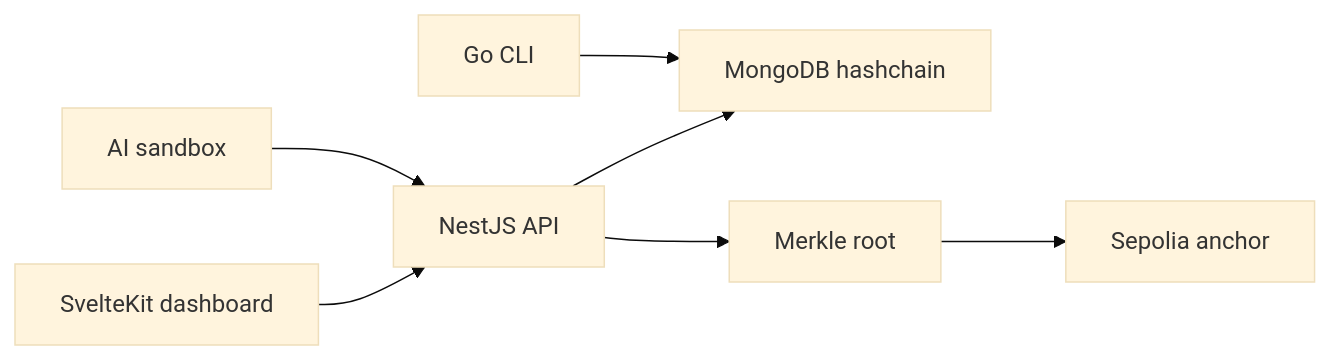
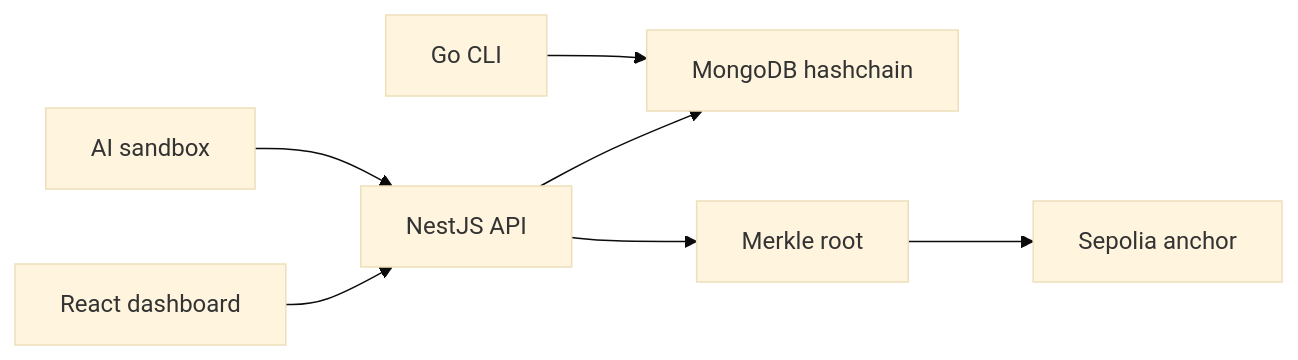
One commit to ccastromar/ai-blockchain-provenance changed the diagram in docs/presentation-deck.md. Above: the diagram before and after it, drawn with Mermaid (base theme). The commit also changed other lines of this file and 10 other files, not shown here.

Commit message:
Docs: the console is React (not SvelteKit); OIDC/SSO is done

````diff
--- a/docs/presentation-deck.md
+++ b/docs/presentation-deck.md
@@ -58,9 +58,9 @@
 ```mermaid
 flowchart LR
-  UI["SvelteKit dashboard"] --> API["NestJS API"]
+  UI["React dashboard"] --> API["NestJS API"]
   API --> DB["MongoDB hashchain"]
   API --> Root["Merkle root"]
   Root --> Chain["Sepolia anchor"]
   CLI["Go CLI"] --> DB
   Sandbox["AI sandbox"] --> API
 ```
````
